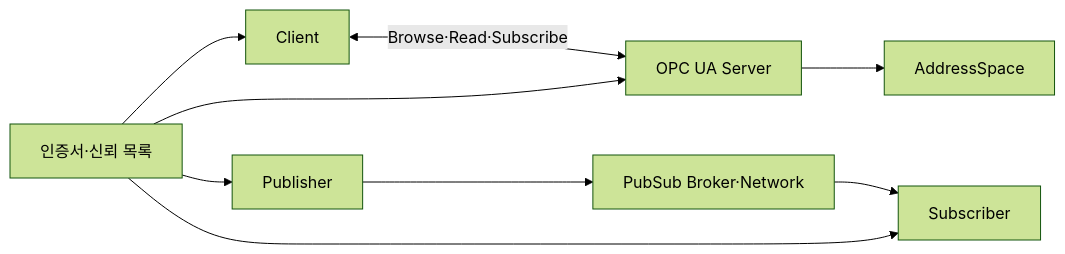
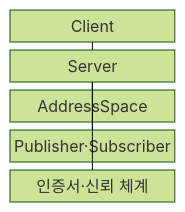
One commit to agnusdei1207/knowledge-base changed the first of 2 diagrams in src/content/docs/notes/08-latest-tech/202_opc_unified_architecture.md. Above: the diagram before and after it, drawn with Mermaid (forest theme). The commit also changed other lines of this file and 23 other files, not shown here.

````diff
--- a/src/content/docs/notes/08-latest-tech/202_opc_unified_architecture.md
+++ b/src/content/docs/notes/08-latest-tech/202_opc_unified_architecture.md
@@ -50,17 +50,13 @@
 ```mermaid
-flowchart LR
-  C["Client"]
-  S["OPC UA Server"]
-  AS["AddressSpace"]
-  PS["PubSub Broker·Network"]
-  P["Publisher"]
-  U["Subscriber"]
-  CA["인증서·신뢰 목록"]
-  C <-->|"Browse·Read·Subscribe"| S
-  S --> AS
-  P --> PS --> U
-  CA --> C
-  CA --> S
-  CA --> P
-  CA --> U
+block-beta
+  columns 1
+  client["Client"]
+  server["Server"]
+  address["AddressSpace"]
+  pubsub["Publisher·Subscriber"]
+  trust["인증서·신뢰 체계"]
+  client --- server
+  server --- address
+  server --- pubsub
+  trust --- server
 ```
````
